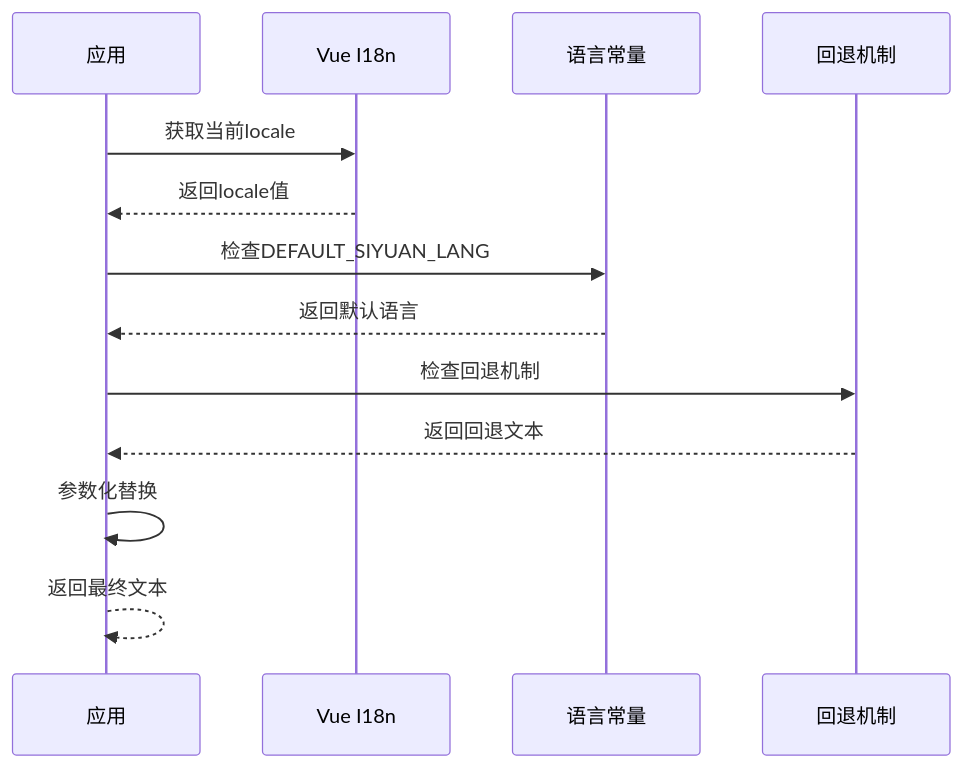
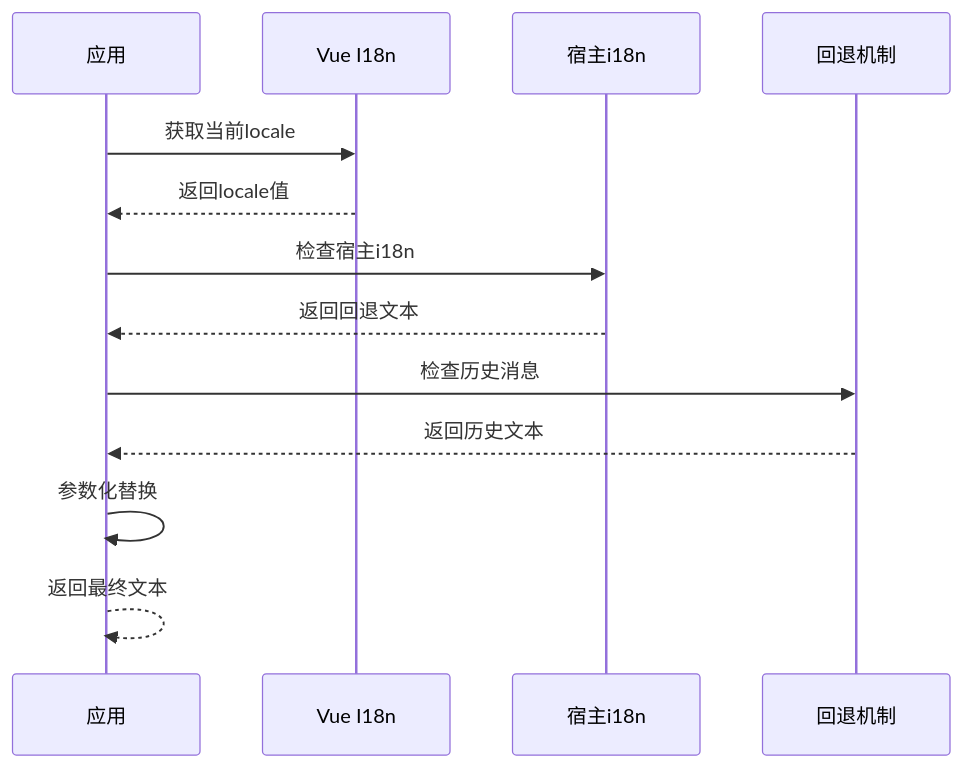
Before and after one commit to terwer/siyuan-plugin-publisher: the fourth of 9 diagrams in .qoder/repowiki/zh/content/核心架构/组件架构设计/Composition API设计模式/V2 国际化组合式函数.md, drawn with Mermaid. The commit also changed other lines of this file and 6 other files, not shown here.

First line of the commit message:
docs(architecture): clarify and split workspace shell component responsibilities

````diff
--- a/.qoder/repowiki/zh/content/核心架构/组件架构设计/Composition API设计模式/V2 国际化组合式函数.md
+++ b/.qoder/repowiki/zh/content/核心架构/组件架构设计/Composition API设计模式/V2 国际化组合式函数.md
@@ -171,15 +186,15 @@
 ```mermaid
 sequenceDiagram
 participant App as 应用
 participant I18n as Vue I18n
-participant Lang as 语言常量
+participant Host as 宿主i18n
 participant Fallback as 回退机制
 App->>I18n : 获取当前locale
 I18n-->>App : 返回locale值
-App->>Lang : 检查DEFAULT_SIYUAN_LANG
-Lang-->>App : 返回默认语言
-App->>Fallback : 检查回退机制
-Fallback-->>App : 返回回退文本
+App->>Host : 检查宿主i18n
+Host-->>App : 返回回退文本
+App->>Fallback : 检查历史消息
+Fallback-->>App : 返回历史文本
 App->>App : 参数化替换
 App-->>App : 返回最终文本
 ```
````
